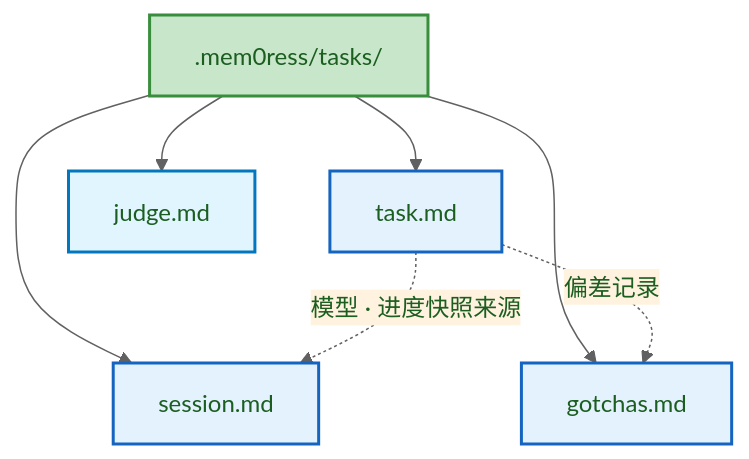
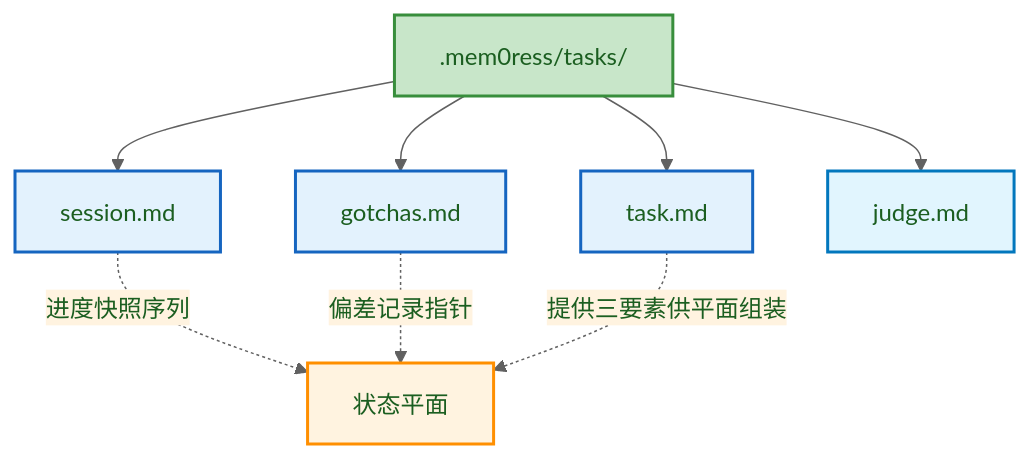
The seventh of 7 diagrams in docs/spec.md (Lazyn0tBug/mem0ress), drawn with Mermaid before and after one commit. The commit also changed other lines of this file, not shown here.

First line of the commit message:
docs(spec): align mermaid diagrams with updated content

````diff
--- a/docs/spec.md
+++ b/docs/spec.md
@@ -342,26 +342,29 @@
 ```mermaid
 %% label：.mem0ress 文件树与概念映射
 %%{ init: { 'theme': 'base', 'themeVariables': { 'primaryColor': '#e8f5e9', 'primaryTextColor': '#1b5e20', 'primaryBorderColor': '#388e3c', 'lineColor': '#616161', 'secondaryColor': '#fff3e0' } } }%%
 graph TD
     ROOT[".mem0ress/tasks/"]
     TMPL["task.md"]
     SESS["session.md"]
     GOT["gotchas.md"]
     JDG["judge.md"]
 
     ROOT --> TMPL
     ROOT --> SESS
     ROOT --> GOT
     ROOT --> JDG
 
-    TMPL -.->|模型 · 进度快照来源| SESS
-    TMPL -.->|偏差记录| GOT
+    SESS -.->|进度快照序列| SP["状态平面"]
+    GOT -.->|偏差记录指针| SP
+    TMPL -.->|提供三要素供平面组装| SP
 
     classDef dir fill:#c8e6c9,stroke:#388e3c,stroke-width:2px;
     classDef file fill:#e3f2fd,stroke:#1565c0,stroke-width:2px;
     classDef judge fill:#e1f5fe,stroke:#0277bd,stroke-width:2px;
+    classDef plane fill:#fff3e0,stroke:#ff8f00,stroke-width:2px;
     classDef ref fill:#fff3e0,stroke:#ff8f00,stroke-width:1px,stroke-dasharray:5,5;
     class ROOT dir;
     class TMPL,SESS,GOT file;
     class JDG judge;
+    class SP plane;
 ```
````
